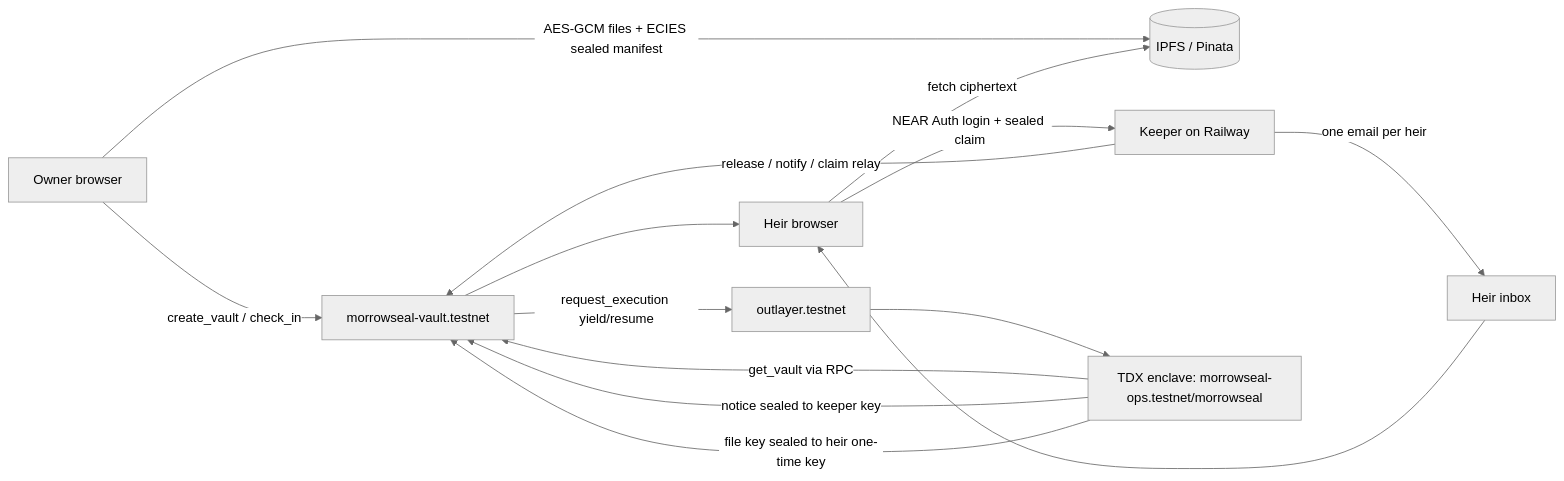
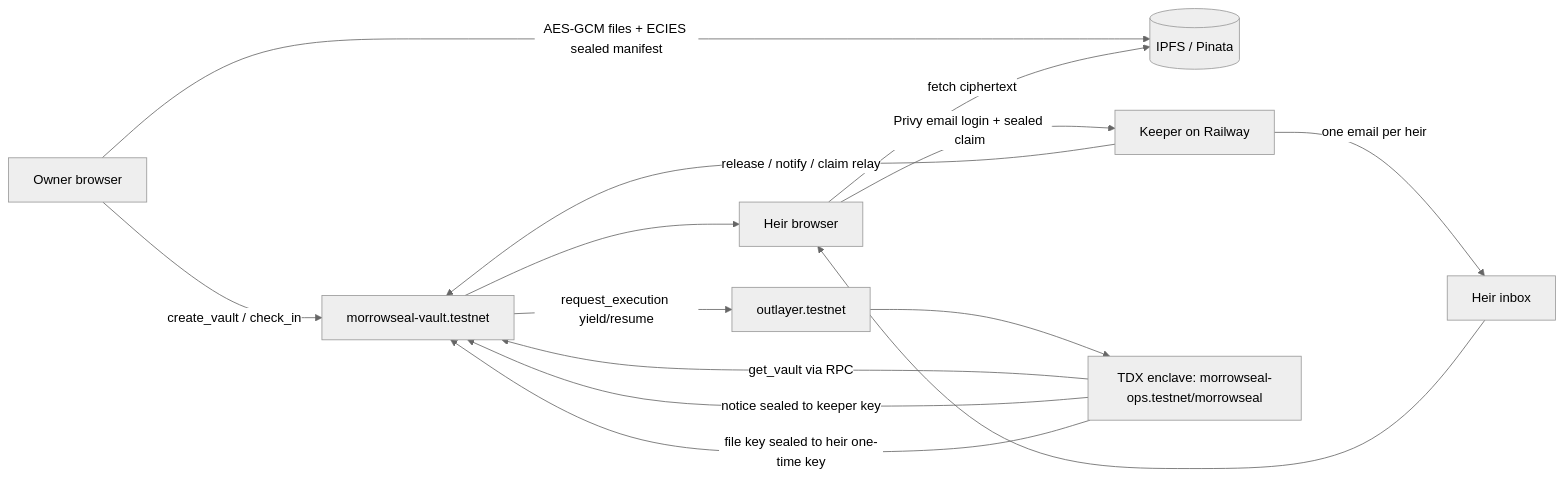
Before and after one commit to zer0plugyut-afk/morrowseal: the diagram in README.md, drawn with Mermaid (neutral theme). The commit also changed other lines of this file and 7 other files, not shown here.

````diff
--- a/README.md
+++ b/README.md
@@ -54,14 +54,14 @@
 ```mermaid
 flowchart LR
   B[Owner browser] -- AES-GCM files + ECIES sealed manifest --> I[(IPFS / Pinata)]
   B -- create_vault / check_in --> C[morrowseal-vault.testnet]
   K[Keeper on Railway] -- release / notify / claim relay --> C
   C -- request_execution yield/resume --> O[outlayer.testnet]
   O --> T[TDX enclave: morrowseal-ops.testnet/morrowseal]
   T -- get_vault via RPC --> C
   T -- notice sealed to keeper key --> C
   K -- one email per heir --> H[Heir inbox]
-  H --> HB[Heir browser] -- NEAR Auth login + sealed claim --> K
+  H --> HB[Heir browser] -- Privy email login + sealed claim --> K
   T -- file key sealed to heir one-time key --> C --> HB
   HB -- fetch ciphertext --> I
 ```
````
